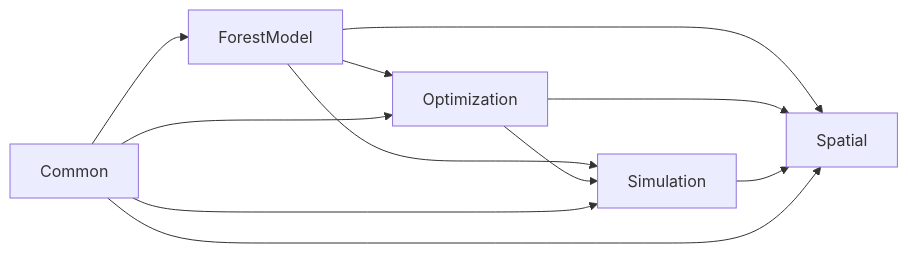
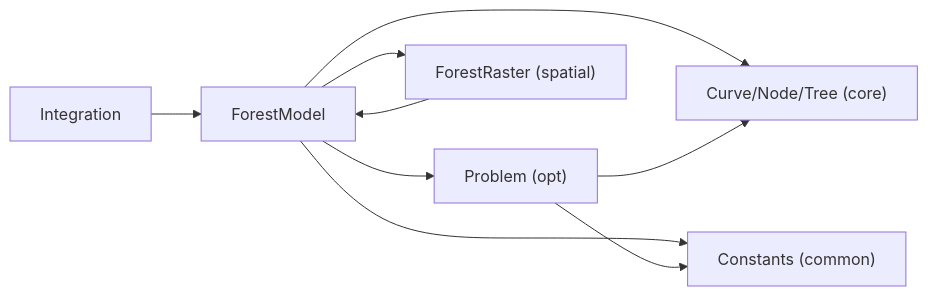
The diagram in docs/source/reference/contracts/module_boundaries.rst (UBC-FRESH/ws3), drawn with Mermaid before and after one commit. The commit also changed other lines of this file and 237 other files, not shown here.

```diff
--- a/docs/source/reference/contracts/module_boundaries.rst
+++ b/docs/source/reference/contracts/module_boundaries.rst
@@ -141,13 +162,11 @@
 .. mermaid::
 
    graph LR
-     FM["ForestModel"] --> OPT["Optimization"]
-     FM --> SIM["Simulation"]
-     FM --> SPA["Spatial"]
-     OPT --> SIM
-     OPT --> SPA
-     SIM --> SPA
-     COM["Common"] --> FM
-     COM --> OPT
-     COM --> SIM
-     COM --> SPA
+     FM["ForestModel"] --> OPT["Problem (opt)"]
+     FM --> SPA["ForestRaster (spatial)"]
+     FM --> CORE["Curve/Node/Tree (core)"]
+     FM --> COM["Constants (common)"]
+     OPT --> CORE
+     OPT --> COM
+     SPA --> FM
+     INT["Integration"] --> FM
```
